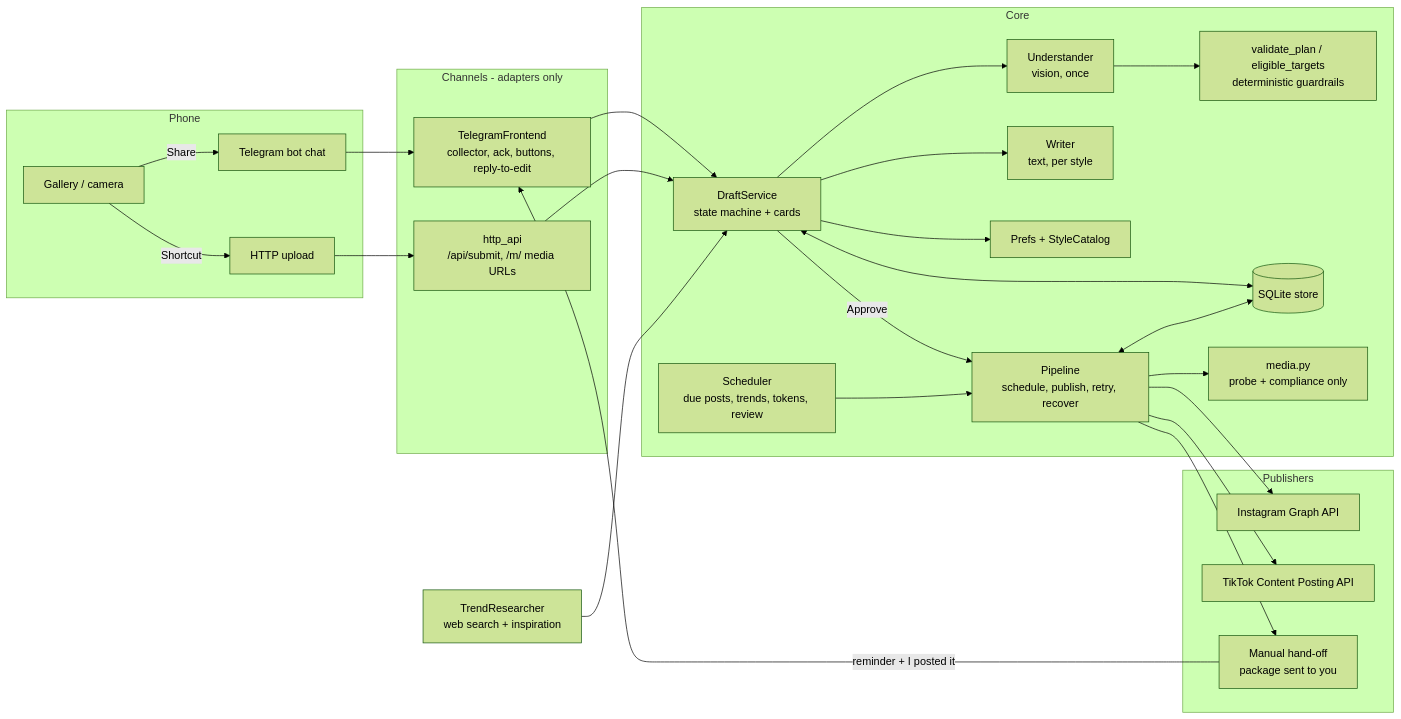
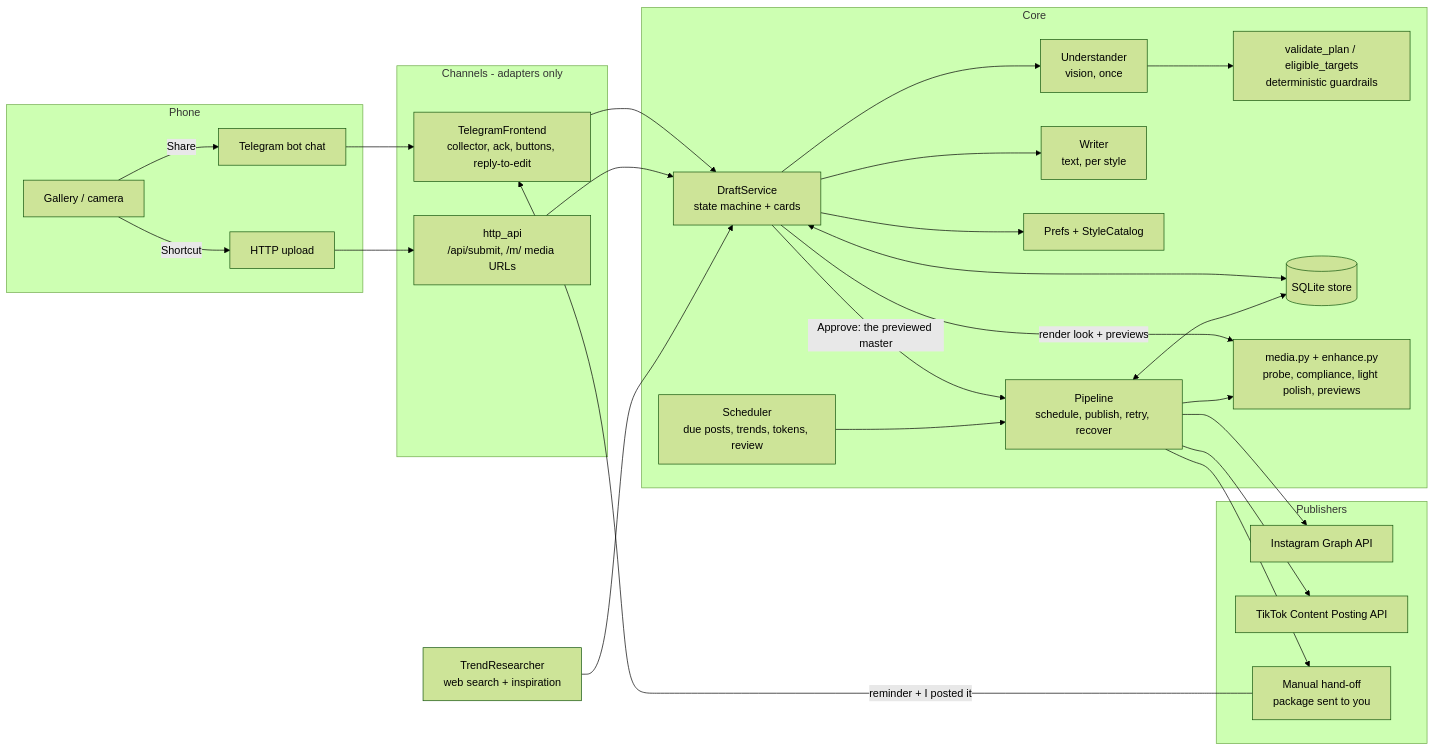
One commit to yuxianglim1227/All-My-Project changed the first of 5 diagrams in social-agent/docs/ARCHITECTURE.md. Above: the diagram before and after it, drawn with Mermaid (forest theme). The commit also changed other lines of this file and 32 other files, not shown here.

First line of the commit message:
Add tones, light media polish, final-media previews and a guided setup wizard

````diff
--- a/social-agent/docs/ARCHITECTURE.md
+++ b/social-agent/docs/ARCHITECTURE.md
@@ -49,44 +51,45 @@
 ```mermaid
 flowchart LR
   subgraph Phone
     G[Gallery / camera] -->|Share| TG[Telegram bot chat]
     G -->|Shortcut| HTTP[HTTP upload]
   end
   subgraph Channels[Channels - adapters only]
     TGF[TelegramFrontend<br/>collector, ack, buttons, reply-to-edit]
     HTTPA[http_api<br/>/api/submit, /m/ media URLs]
   end
   TG --> TGF
   HTTP --> HTTPA
   TGF --> DS
   HTTPA --> DS
   subgraph Core
     DS[DraftService<br/>state machine + cards]
     U[Understander<br/>vision, once]
     W[Writer<br/>text, per style]
     P[Prefs + StyleCatalog]
     V[validate_plan / eligible_targets<br/>deterministic guardrails]
     PIPE[Pipeline<br/>schedule, publish, retry, recover]
     SCH[Scheduler<br/>due posts, trends, tokens, review]
     ST[(SQLite store)]
-    M[media.py<br/>probe + compliance only]
+    M[media.py + enhance.py<br/>probe, compliance, light polish, previews]
   end
   DS --> U --> V
   DS --> W
   DS --> P
-  DS -->|Approve| PIPE
+  DS -->|render look + previews| M
+  DS -->|Approve: the previewed master| PIPE
   SCH --> PIPE
   DS <--> ST
   PIPE <--> ST
   PIPE --> M
   subgraph Publishers
     IG[Instagram Graph API]
     TT[TikTok Content Posting API]
     MAN[Manual hand-off<br/>package sent to you]
   end
   PIPE --> IG
   PIPE --> TT
   PIPE --> MAN
   MAN -->|reminder + I posted it| TGF
   R[TrendResearcher<br/>web search + inspiration] --> DS
 ```
````
